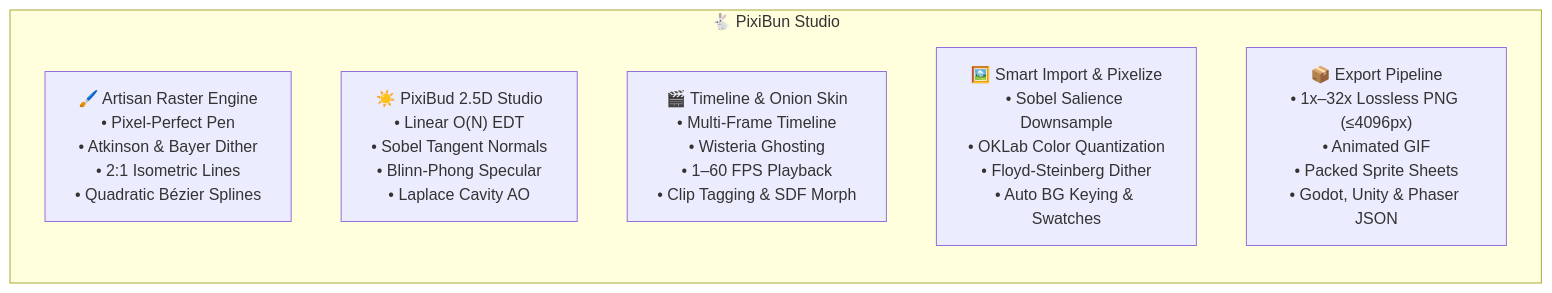
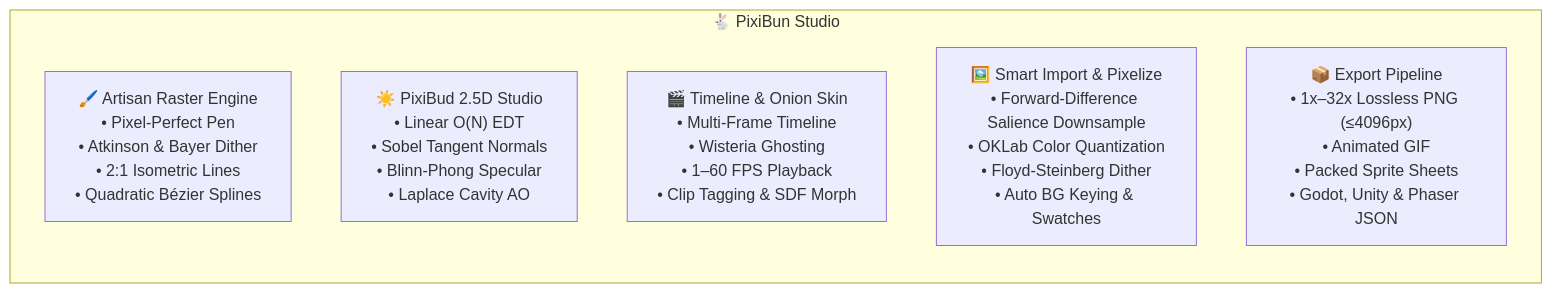
The diagram in README.md (lxcario/PixiBun), drawn with Mermaid before and after one commit. The commit also changed other lines of this file and 9 other files, not shown here.

````diff
--- a/README.md
+++ b/README.md
@@ -31,10 +33,10 @@
 ```mermaid
 graph LR
     subgraph Atelier ["🐇 PixiBun Studio"]
         Raster["🖌️ Artisan Raster Engine<br/>• Pixel-Perfect Pen<br/>• Atkinson & Bayer Dither<br/>• 2:1 Isometric Lines<br/>• Quadratic Bézier Splines"]
         Math["☀️ PixiBud 2.5D Studio<br/>• Linear O(N) EDT<br/>• Sobel Tangent Normals<br/>• Blinn-Phong Specular<br/>• Laplace Cavity AO"]
         Anim["🎬 Timeline & Onion Skin<br/>• Multi-Frame Timeline<br/>• Wisteria Ghosting<br/>• 1–60 FPS Playback<br/>• Clip Tagging & SDF Morph"]
-        Import["🖼️ Smart Import & Pixelize<br/>• Sobel Salience Downsample<br/>• OKLab Color Quantization<br/>• Floyd-Steinberg Dither<br/>• Auto BG Keying & Swatches"]
+        Import["🖼️ Smart Import & Pixelize<br/>• Forward-Difference Salience Downsample<br/>• OKLab Color Quantization<br/>• Floyd-Steinberg Dither<br/>• Auto BG Keying & Swatches"]
         Export["📦 Export Pipeline<br/>• 1x–32x Lossless PNG (≤4096px)<br/>• Animated GIF<br/>• Packed Sprite Sheets<br/>• Godot, Unity & Phaser JSON"]
     end
 ```
````
